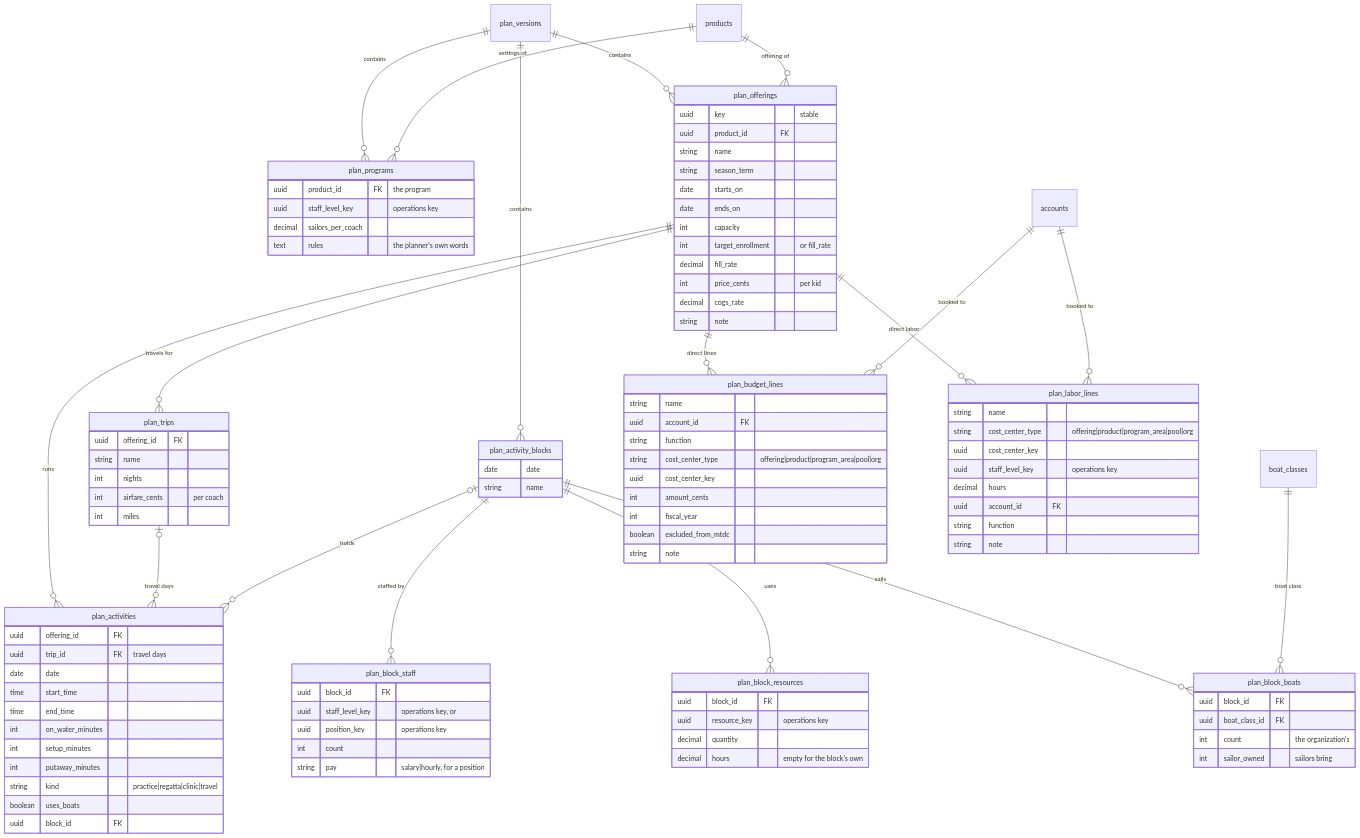
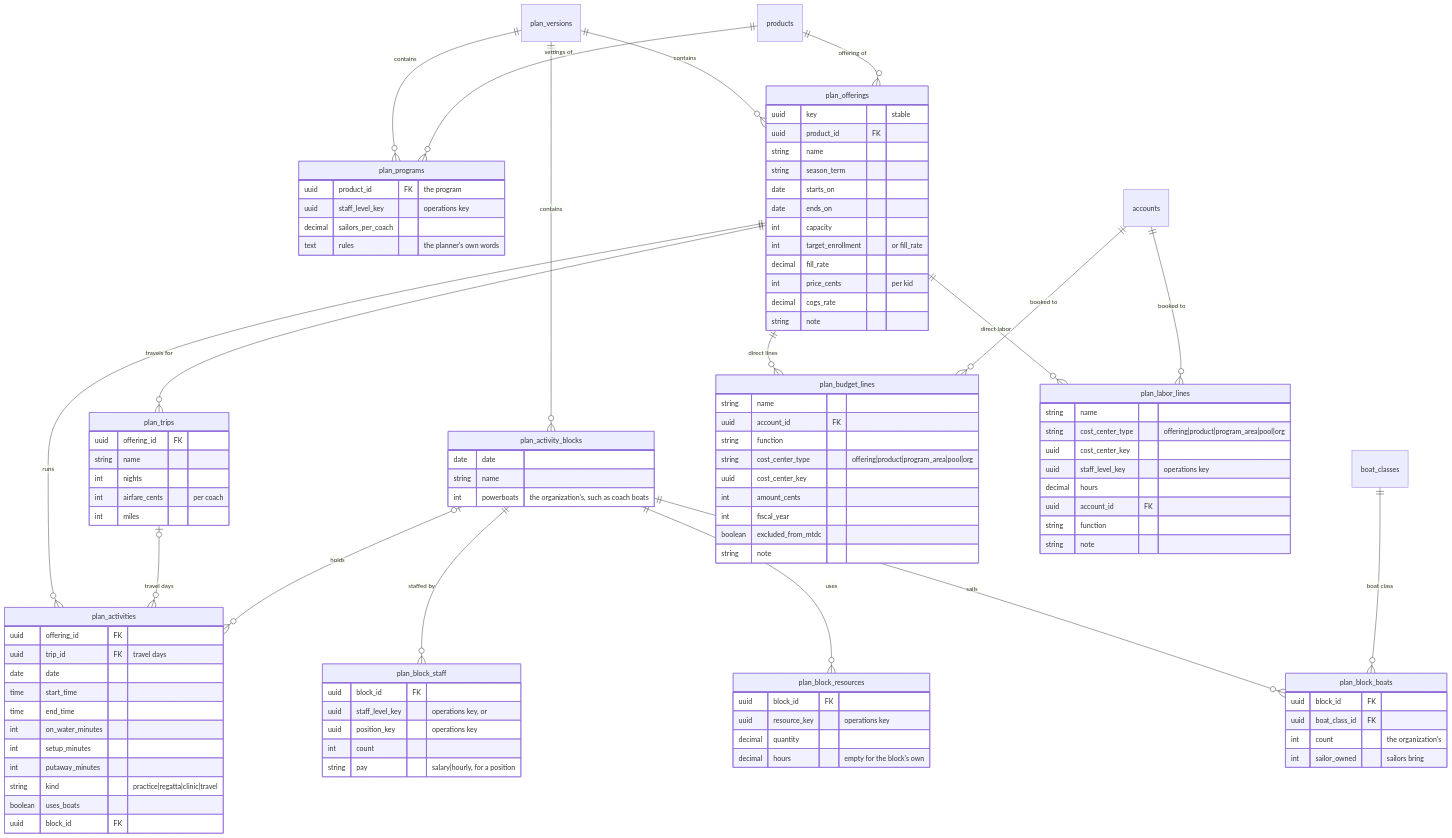
Before and after one commit to cyc-seattle/platform: the fourth of 7 diagrams in docs/planning-schema.md, drawn with Mermaid. The commit also changed other lines of this file and 19 other files, not shown here.

```diff
--- a/docs/planning-schema.md
+++ b/docs/planning-schema.md
@@ -331,6 +331,7 @@
     plan_activity_blocks {
         date date
         string name
+        int powerboats "the organization's, such as coach boats"
     }
     plan_block_staff {
         uuid block_id FK
```
